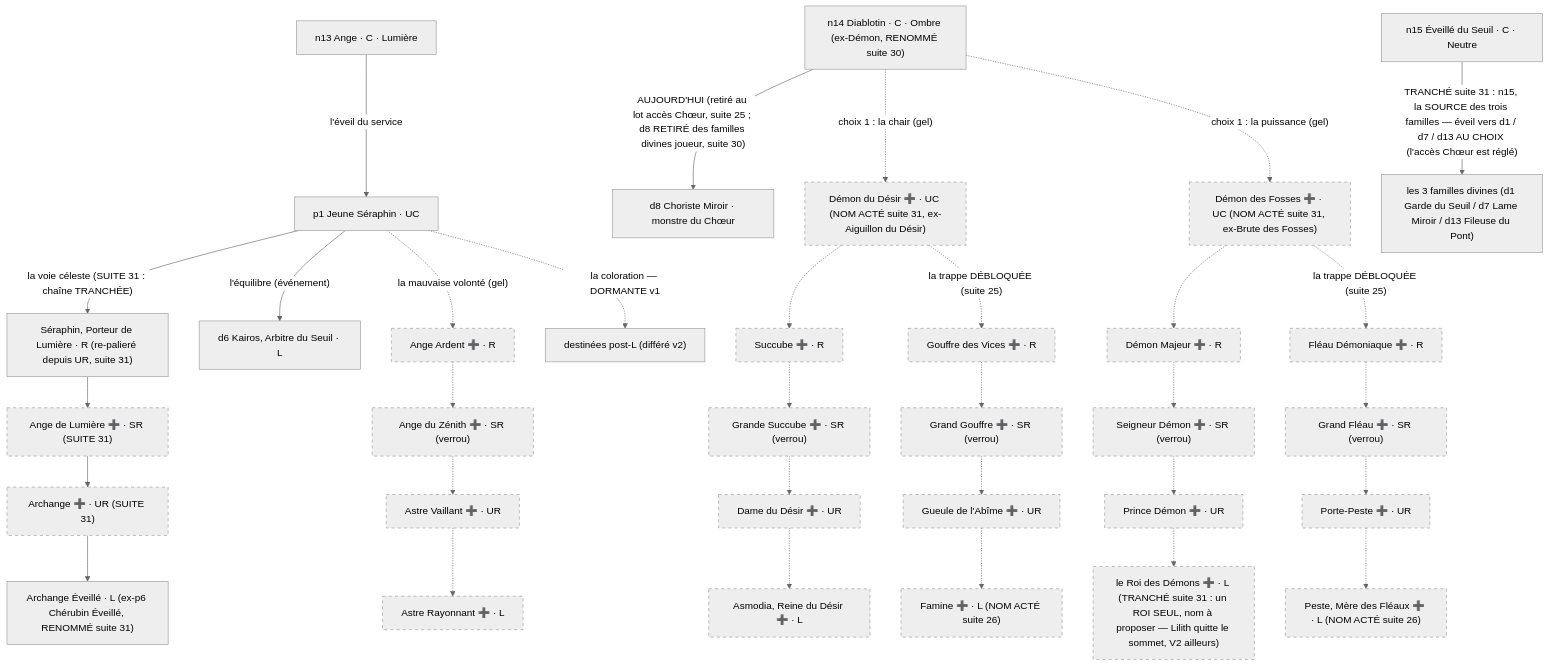
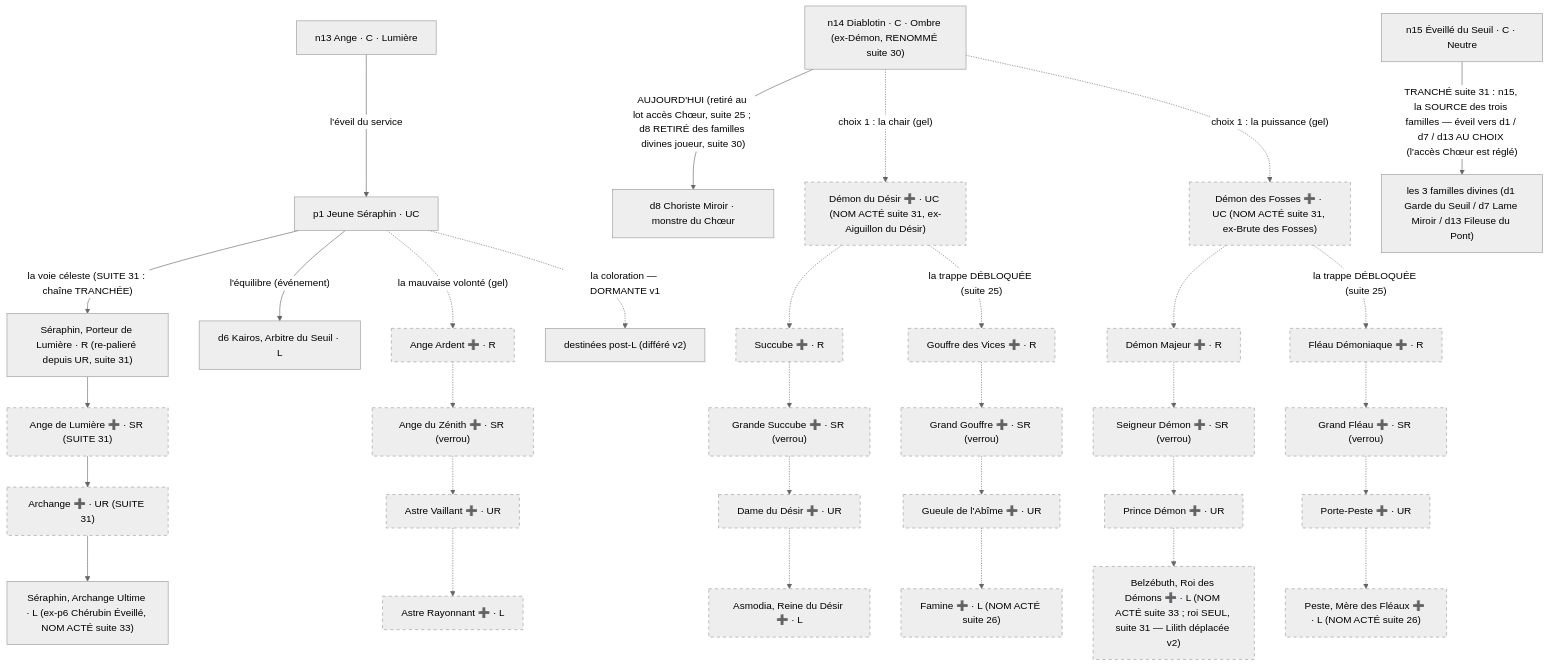
One commit to mobize191/aicg-lignees changed the sixth of 15 diagrams in docs/design/design-arbres-v18.md. Above: the diagram before and after it, drawn with Mermaid (neutral theme). The commit also changed other lines of this file and 5 other files, not shown here.

````diff
--- a/docs/design/design-arbres-v18.md
+++ b/docs/design/design-arbres-v18.md
@@ -429,36 +429,36 @@
 ```mermaid
 flowchart TD
   N13["n13 Ange · C · Lumière"] -->|"l'éveil du service"| P1["p1 Jeune Séraphin · UC"]
   P1 -->|"la voie céleste (SUITE 31 : chaîne TRANCHÉE)"| P5["Séraphin, Porteur de Lumière · R (re-palieré depuis UR, suite 31)"]
   P5 --> AL1["Ange de Lumière ➕ · SR (SUITE 31)"]
   AL1 --> AR1["Archange ➕ · UR (SUITE 31)"]
-  AR1 --> P6["Archange Éveillé · L (ex-p6 Chérubin Éveillé, RENOMMÉ suite 31)"]
+  AR1 --> P6["Séraphin, Archange Ultime · L (ex-p6 Chérubin Éveillé, NOM ACTÉ suite 33)"]
   P1 -->|"l'équilibre (événement)"| D6["d6 Kairos, Arbitre du Seuil · L"]
   P1 -.->|"la mauvaise volonté (gel)"| AA1["Ange Ardent ➕ · R"]
   P1 -.->|"la coloration — DORMANTE v1"| X1["destinées post-L (différé v2)"]
   AA1 -.-> AA2["Ange du Zénith ➕ · SR (verrou)"]
   AA2 -.-> AA3["Astre Vaillant ➕ · UR"]
   AA3 -.-> AA4["Astre Rayonnant ➕ · L"]
   N14["n14 Diablotin · C · Ombre (ex-Démon, RENOMMÉ suite 30)"] -->|"AUJOURD'HUI (retiré au lot accès Chœur, suite 25 ; d8 RETIRÉ des familles divines joueur, suite 30)"| D8["d8 Choriste Miroir · monstre du Chœur"]
   N14 -.->|"choix 1 : la chair (gel)"| DA1["Démon du Désir ➕ · UC (NOM ACTÉ suite 31, ex-Aiguillon du Désir)"]
   N14 -.->|"choix 1 : la puissance (gel)"| DB1["Démon des Fosses ➕ · UC (NOM ACTÉ suite 31, ex-Brute des Fosses)"]
   DA1 -.-> DA2["Succube ➕ · R"]
   DA2 -.-> DA3["Grande Succube ➕ · SR (verrou)"]
   DA3 -.-> DA4["Dame du Désir ➕ · UR"]
   DA4 -.-> DA5["Asmodia, Reine du Désir ➕ · L"]
   DA1 -.->|"la trappe DÉBLOQUÉE (suite 25)"| DA6["Gouffre des Vices ➕ · R"]
   DA6 -.-> DA7["Grand Gouffre ➕ · SR (verrou)"]
   DA7 -.-> DA8["Gueule de l'Abîme ➕ · UR"]
   DA8 -.-> DA9["Famine ➕ · L (NOM ACTÉ suite 26)"]
   DB1 -.-> DB2["Démon Majeur ➕ · R"]
   DB2 -.-> DB3["Seigneur Démon ➕ · SR (verrou)"]
   DB3 -.-> DB4["Prince Démon ➕ · UR"]
-  DB4 -.-> DB5["le Roi des Démons ➕ · L (TRANCHÉ suite 31 : un ROI SEUL, nom à proposer — Lilith quitte le sommet, V2 ailleurs)"]
+  DB4 -.-> DB5["Belzébuth, Roi des Démons ➕ · L (NOM ACTÉ suite 33 ; roi SEUL, suite 31 — Lilith déplacée v2)"]
   DB1 -.->|"la trappe DÉBLOQUÉE (suite 25)"| DB6["Fléau Démoniaque ➕ · R"]
   DB6 -.-> DB7["Grand Fléau ➕ · SR (verrou)"]
   DB7 -.-> DB8["Porte-Peste ➕ · UR"]
   DB8 -.-> DB9["Peste, Mère des Fléaux ➕ · L (NOM ACTÉ suite 26)"]
   N15["n15 Éveillé du Seuil · C · Neutre"] -->|"TRANCHÉ suite 31 : n15, la SOURCE des trois familles — éveil vers d1 / d7 / d13 AU CHOIX (l'accès Chœur est réglé)"| X2["les 3 familles divines (d1 Garde du Seuil / d7 Lame Miroir / d13 Fileuse du Pont)"]
   classDef gel stroke-dasharray: 5 5;
   class AA1,AA2,AA3,AA4,DA1,DA2,DA3,DA4,DA5,DA6,DA7,DA8,DA9,DB1,DB2,DB3,DB4,DB5,DB6,DB7,DB8,DB9,AL1,AR1 gel;
 ```
````
